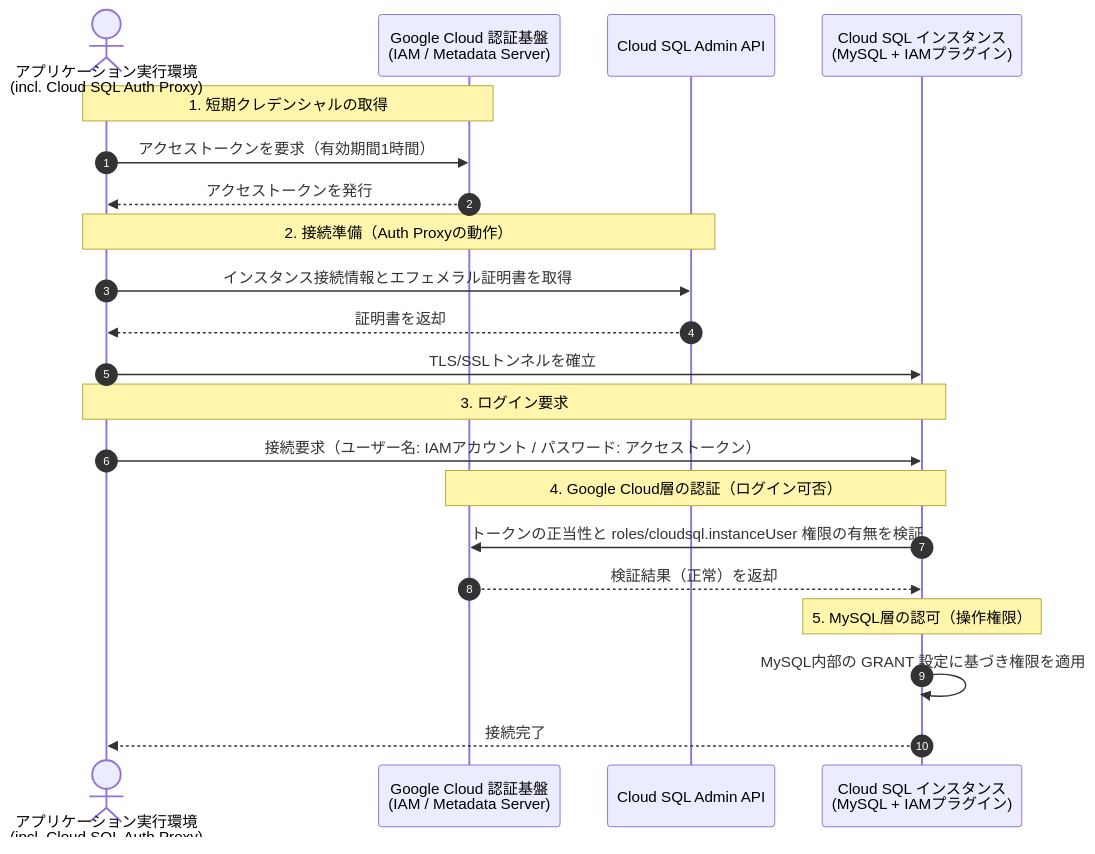
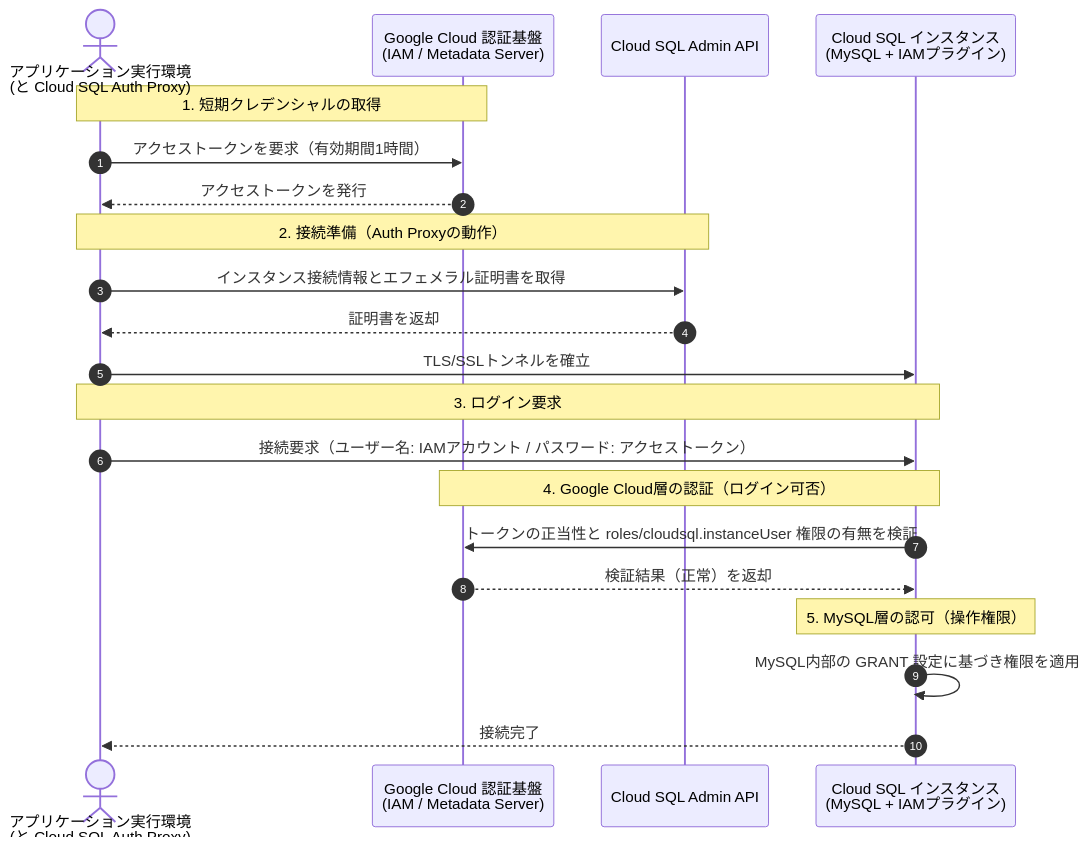
One commit to michity15169/zenn-content changed the second of 2 diagrams in articles/fd3512f0492595.md. Above: the diagram before and after it, drawn with Mermaid. The commit also changed other lines of this file, not shown here.

Commit message:
構成図の追加など

````diff
--- a/articles/fd3512f0492595.md
+++ b/articles/fd3512f0492595.md
@@ -36,28 +64,28 @@
 ```mermaid
 sequenceDiagram
     autonumber
-    actor App as アプリケーション実行環境<br/>(incl. Cloud SQL Auth Proxy)
+    actor App as アプリケーション実行環境<br/>(と Cloud SQL Auth Proxy)
     participant IAM as Google Cloud 認証基盤<br/>(IAM / Metadata Server)
     participant AdminAPI as Cloud SQL Admin API
     participant DB as Cloud SQL インスタンス<br/>(MySQL + IAMプラグイン)
 
     Note over App,IAM: 1. 短期クレデンシャルの取得
     App->>IAM: アクセストークンを要求（有効期間1時間）
     IAM-->>App: アクセストークンを発行
 
     Note over App,AdminAPI: 2. 接続準備（Auth Proxyの動作）
     App->>AdminAPI: インスタンス接続情報とエフェメラル証明書を取得
     AdminAPI-->>App: 証明書を返却
     App->>DB: TLS/SSLトンネルを確立
 
     Note over App,DB: 3. ログイン要求
     App->>DB: 接続要求（ユーザー名: IAMアカウント / パスワード: アクセストークン）
 
     Note over DB,IAM: 4. Google Cloud層の認証（ログイン可否）
     DB->>IAM: トークンの正当性と roles/cloudsql.instanceUser 権限の有無を検証
     IAM-->>DB: 検証結果（正常）を返却
 
     Note over DB: 5. MySQL層の認可（操作権限）
     DB->>DB: MySQL内部の GRANT 設定に基づき権限を適用
     DB-->>App: 接続完了
 ```
````
